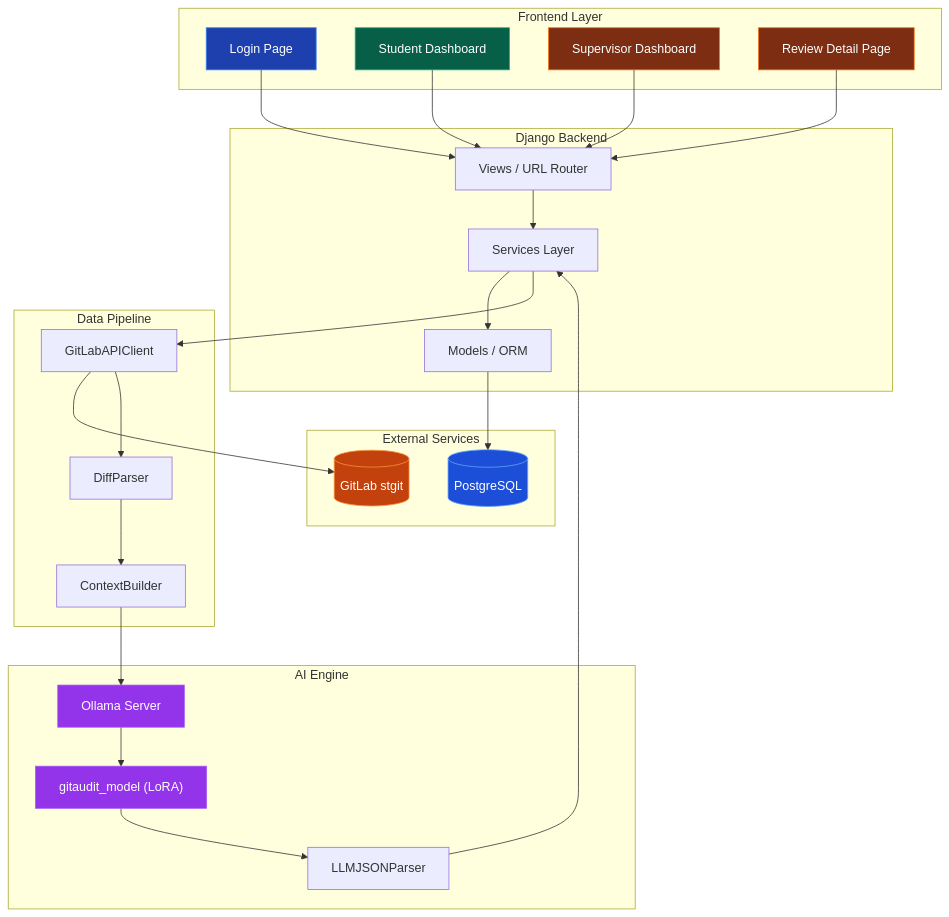
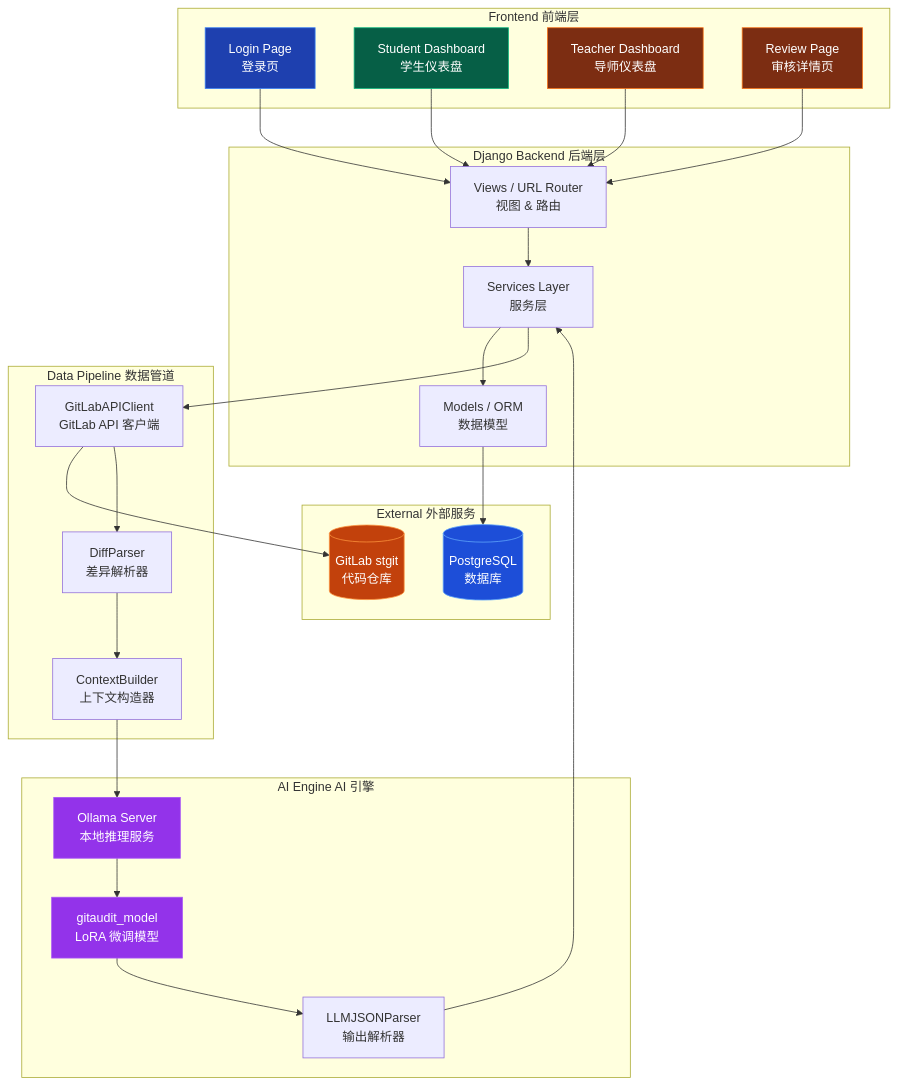
The diagram in README.md (kbzce745/gitaudit), drawn with Mermaid before and after one commit. The commit also changed other lines of this file, not shown here.

Commit message:
docs: restore correct UTF-8 Chinese README for GitHub

````diff
--- a/README.md
+++ b/README.md
@@ -178,57 +178,57 @@
 ```mermaid
 graph TB
-    subgraph "Frontend Layer"
-        A["Login Page"]
-        B["Student Dashboard"]
-        C["Supervisor Dashboard"]
-        D["Review Detail Page"]
+    subgraph "Frontend 前端层"
+        A["Login Page<br/>登录页"]
+        B["Student Dashboard<br/>学生仪表盘"]
+        C["Teacher Dashboard<br/>导师仪表盘"]
+        D["Review Page<br/>审核详情页"]
     end
 
-    subgraph "Django Backend"
-        E["Views / URL Router"]
-        F["Services Layer"]
-        G["Models / ORM"]
+    subgraph "Django Backend 后端层"
+        E["Views / URL Router<br/>视图 & 路由"]
+        F["Services Layer<br/>服务层"]
+        G["Models / ORM<br/>数据模型"]
     end
 
-    subgraph "Data Pipeline"
-        H["GitLabAPIClient"]
-        I["DiffParser"]
-        J["ContextBuilder"]
+    subgraph "Data Pipeline 数据管道"
+        H["GitLabAPIClient<br/>GitLab API 客户端"]
+        I["DiffParser<br/>差异解析器"]
+        J["ContextBuilder<br/>上下文构造器"]
     end
 
-    subgraph "AI Engine"
-        K["Ollama Server"]
-        L["gitaudit_model (LoRA)"]
-        M["LLMJSONParser"]
+    subgraph "AI Engine AI 引擎"
+        K["Ollama Server<br/>本地推理服务"]
+        L["gitaudit_model<br/>LoRA 微调模型"]
+        M["LLMJSONParser<br/>输出解析器"]
     end
 
-    subgraph "External Services"
-        N[("GitLab stgit")]
-        O[("PostgreSQL")]
+    subgraph "External 外部服务"
+        N[("GitLab stgit<br/>代码仓库")]
+        O[("PostgreSQL<br/>数据库")]
     end
 
     A --> E
     B --> E
     C --> E
     D --> E
     E --> F
     F --> G
     G --> O
     F --> H
     H --> N
     H --> I
     I --> J
     J --> K
     K --> L
     L --> M
     M --> F
 
     style A fill:#1e40af,stroke:#3b82f6,color:#fff
     style B fill:#065f46,stroke:#10b981,color:#fff
     style C fill:#7c2d12,stroke:#f97316,color:#fff
     style D fill:#7c2d12,stroke:#f97316,color:#fff
     style K fill:#9333ea,stroke:#a855f7,color:#fff
     style L fill:#9333ea,stroke:#a855f7,color:#fff
     style N fill:#c2410c,stroke:#fb923c,color:#fff
     style O fill:#1d4ed8,stroke:#60a5fa,color:#fff
 ```
````
